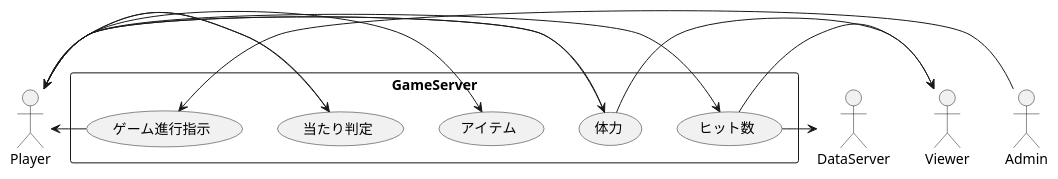
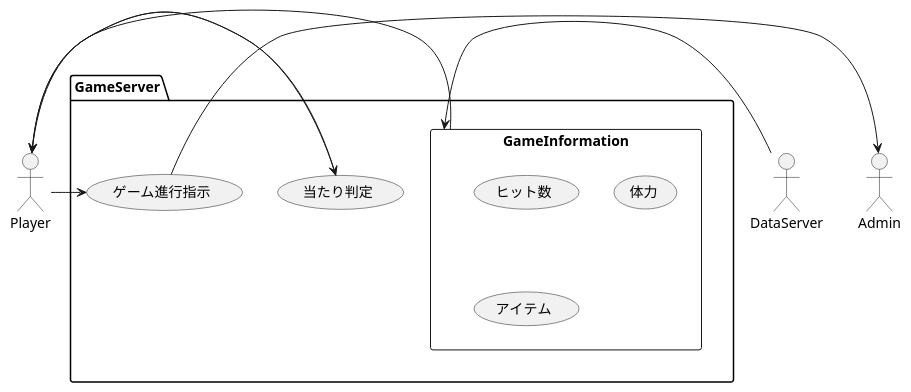
The diagram in GameServer.pu (H28KoyosaiInfo/Design), drawn with PlantUML before and after one commit. The commit also changed 6 other files, not shown here.

```diff
--- a/GameServer.pu
+++ b/GameServer.pu
@@ -2,35 +2,35 @@
 @startuml
   actor DataServer
   actor Player
   actor Admin
-  rectangle GameServer{
+  package GameServer{
+    rectangle GameInformation as info{
       usecase ヒット数
       usecase 体力
       usecase アイテム
+    }
+
       usecase 当たり判定
       usecase ゲーム進行指示
 
 
 
 
 
   }
 
 'link'
-Player->ヒット数
-Player->体力
-Player->アイテム
+Player<-info
+
 Player->当たり判定
 
-ヒット数->DataServer
-ヒット数->Viewer
-体力->Viewer
+DataServer->info
 
-Admin->ゲーム進行指示
-ゲーム進行指示->Player
+Admin<-ゲーム進行指示
+ゲーム進行指示<-Player
 
 
-体力->Player
+
 当たり判定->Player
 
 @enduml
```
